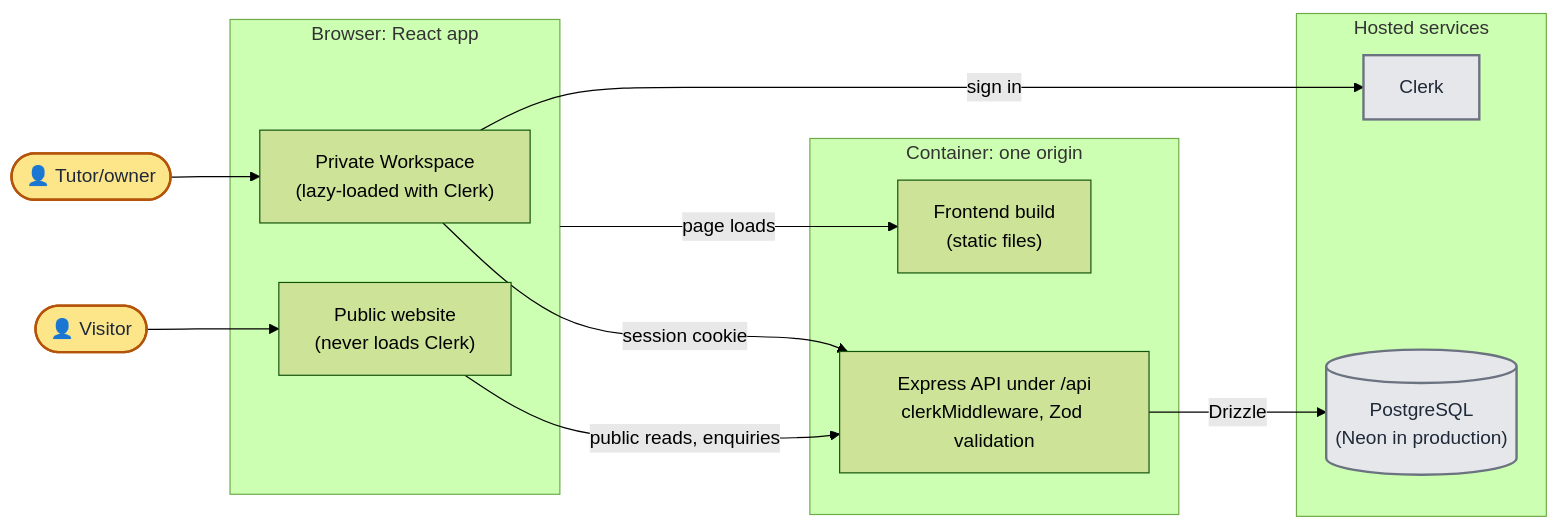
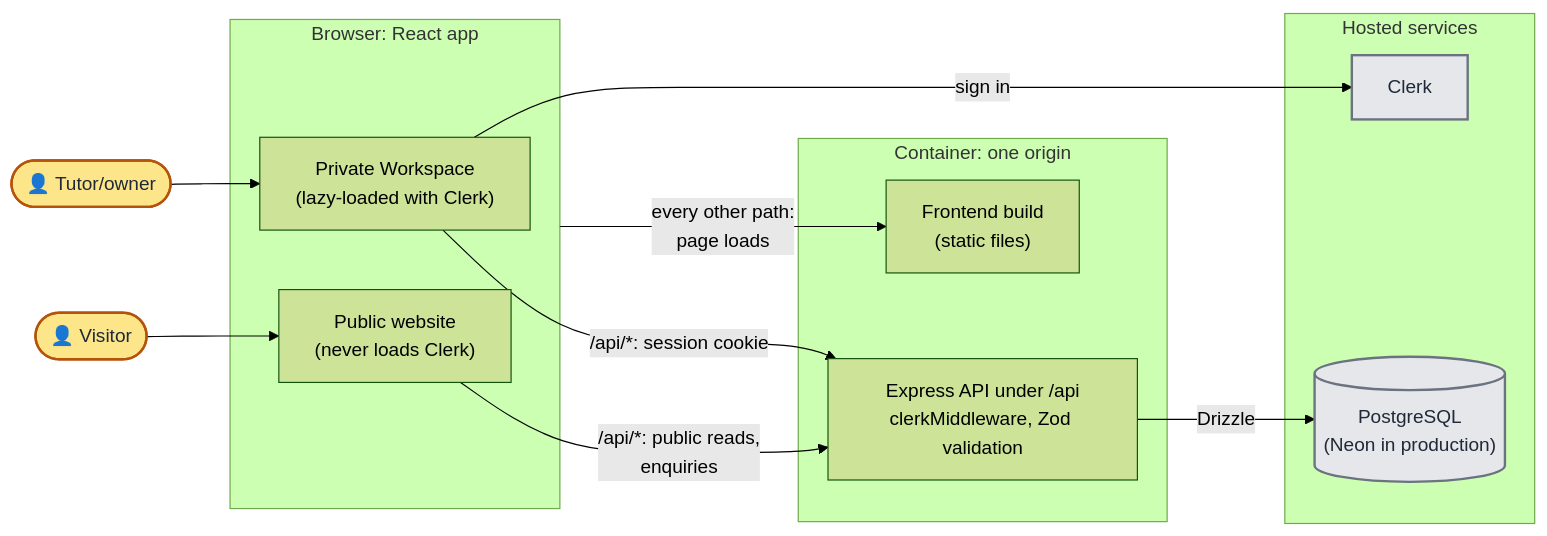
The first of 3 diagrams in docs/architecture.md (sumau/welltutored), drawn with Mermaid (forest theme) before and after one commit. The commit also changed other lines of this file and 1 other file, not shown here.

First line of the commit message:
Take five lessons from the FastAPI template's architecture page

````diff
--- a/docs/architecture.md
+++ b/docs/architecture.md
@@ -14,33 +14,33 @@
 ```mermaid
 flowchart LR
   classDef person fill:#fde68a,stroke:#b45309,stroke-width:2px,color:#1f2937
   classDef external fill:#e5e7eb,stroke:#6b7280,stroke-width:2px,color:#1f2937
 
   visitor(["👤 Visitor"]) --> public
   tutor(["👤 Tutor/owner"]) --> workspace
 
   subgraph browser["Browser: React app"]
     public["Public website<br/>(never loads Clerk)"]
     workspace["Private Workspace<br/>(lazy-loaded with Clerk)"]
   end
 
   subgraph hosted["Hosted services"]
     clerk["Clerk"]
     db[("PostgreSQL<br/>(Neon in production)")]
   end
 
   workspace -- "sign in" --> clerk
 
   subgraph container["Container: one origin"]
     static["Frontend build<br/>(static files)"]
     api["Express API under /api<br/>clerkMiddleware, Zod validation"]
   end
 
-  browser -- "page loads" --> static
-  public -- "public reads, enquiries" --> api
-  workspace -- "session cookie" --> api
+  browser -- "every other path:<br/>page loads" --> static
+  public -- "/api/*: public reads,<br/>enquiries" --> api
+  workspace -- "/api/*: session cookie" --> api
   api -- "Drizzle" --> db
 
   class visitor,tutor person
   class clerk,db external
 ```
````
